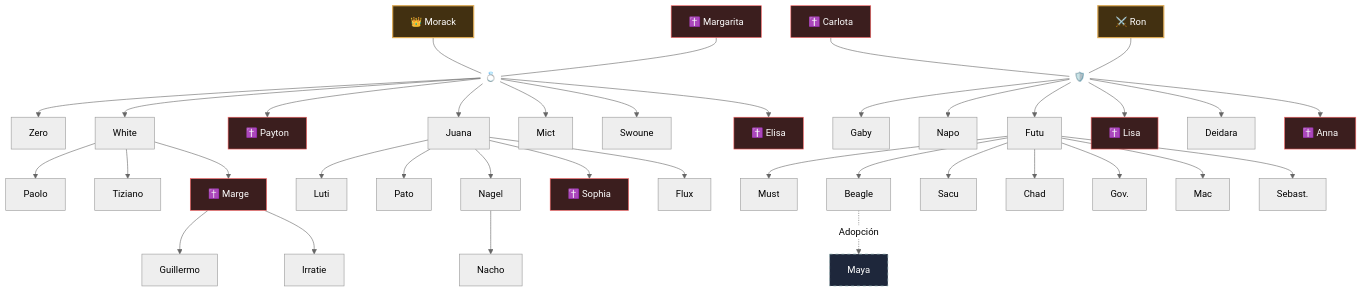
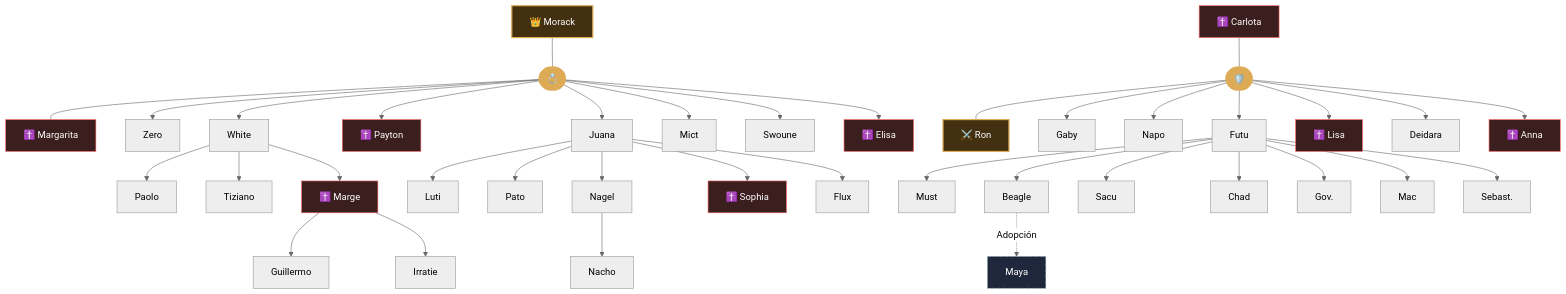
Before and after one commit to mortalpues-pixel/helmreich-wiki: the diagram in content/04_Árbol Genealógico/Árbol Genealógico.md, drawn with Mermaid (neutral theme).

Commit message:
Fix Mermaid tree syntax and spouse connections

````diff
--- a/content/04_Árbol Genealógico/Árbol Genealógico.md
+++ b/content/04_Árbol Genealógico/Árbol Genealógico.md
@@ -9,55 +9,53 @@
 ```mermaid
-graph TD
+flowchart TD
     classDef dead fill:#3b1e1e,stroke:#f66,stroke-width:1px,color:#fff;
     classDef adopted fill:#1e273b,stroke:#8aa,stroke-width:1px,color:#fff,stroke-dasharray: 5 5;
     classDef gen0 fill:#423011,stroke:#da5,stroke-width:2px,color:#fff;
-    classDef union fill:none,stroke:none;
+    classDef union fill:#da5,stroke:#da5,width:10px,height:10px;
 
     %% --- RAMA PRIMARIA ---
-    Morack["👑 Morack"]:::gen0 --- M_Union(("💍")):::union
-    Margarita["✝️ Margarita"]:::dead --- M_Union
+    Morack["👑 Morack"]:::gen0 --- M_Union([💍]):::union --- Margarita["✝️ Margarita"]:::dead
     
     M_Union --> Zero["Zero"]
     M_Union --> White["White"]
     M_Union --> Payton["✝️ Payton"]:::dead
     M_Union --> Juana["Juana"]
     M_Union --> Mict["Mict"]
     M_Union --> Swoune["Swoune"]
     M_Union --> Elisa["✝️ Elisa"]:::dead
 
     White --> Paolo["Paolo"]
     White --> Tiziano["Tiziano"]
     White --> Marge["✝️ Marge"]:::dead
 
     Marge --> Guillermo["Guillermo"]
     Marge --> Irratie["Irratie"]
 
     Juana --> Luti["Luti"]
     Juana --> Pato["Pato"]
     Juana --> Nagel["Nagel"]
     Juana --> Sophia["✝️ Sophia"]:::dead
     Juana --> Flux["Flux"]
 
     Nagel --> Nacho["Nacho"]
 
     %% --- RAMA SECUNDARIA ---
-    Carlota["✝️ Carlota"]:::dead --- C_Union(("🛡️")):::union
-    Ron["⚔️ Ron"]:::gen0 --- C_Union
+    Carlota["✝️ Carlota"]:::dead --- C_Union([🛡️]):::union --- Ron["⚔️ Ron"]:::gen0
 
     C_Union --> Gaby["Gaby"]
     C_Union --> Napo["Napo"]
     C_Union --> Futu["Futu"]
     C_Union --> Lisa["✝️ Lisa"]:::dead
     C_Union --> Deidara["Deidara"]
     C_Union --> Anna["✝️ Anna"]:::dead
 
     Futu --> Must["Must"]
     Futu --> Beagle["Beagle"]
     Futu --> Sacu["Sacu"]
     Futu --> Chad["Chad"]
     Futu --> Governor["Gov."]
     Futu --> Mac["Mac"]
     Futu --> Sebastian["Sebast."]
 
-    Beagle -. "Adopción" .-> Maya["Maya"]:::adopted
+    Beagle -. Adopción .-> Maya["Maya"]:::adopted
 ```
````
